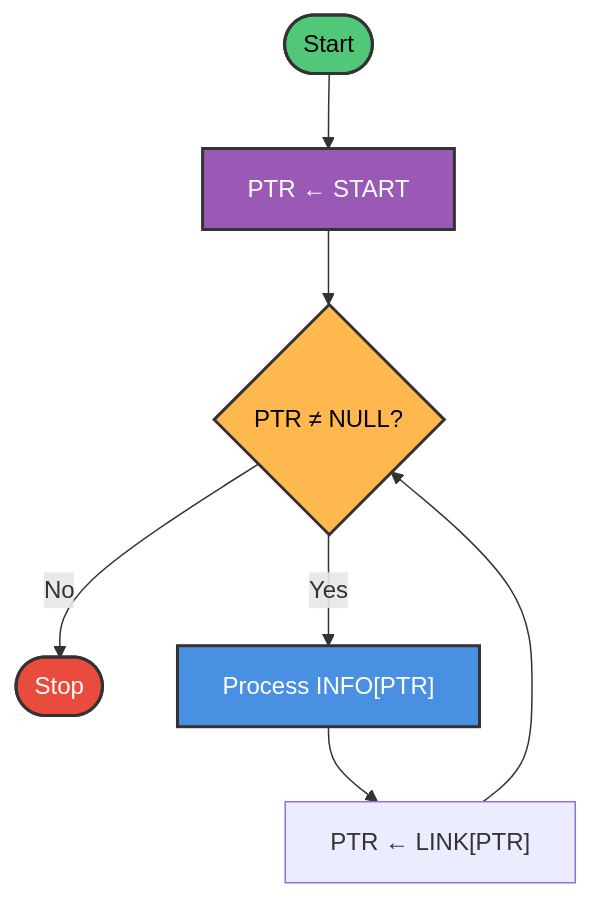
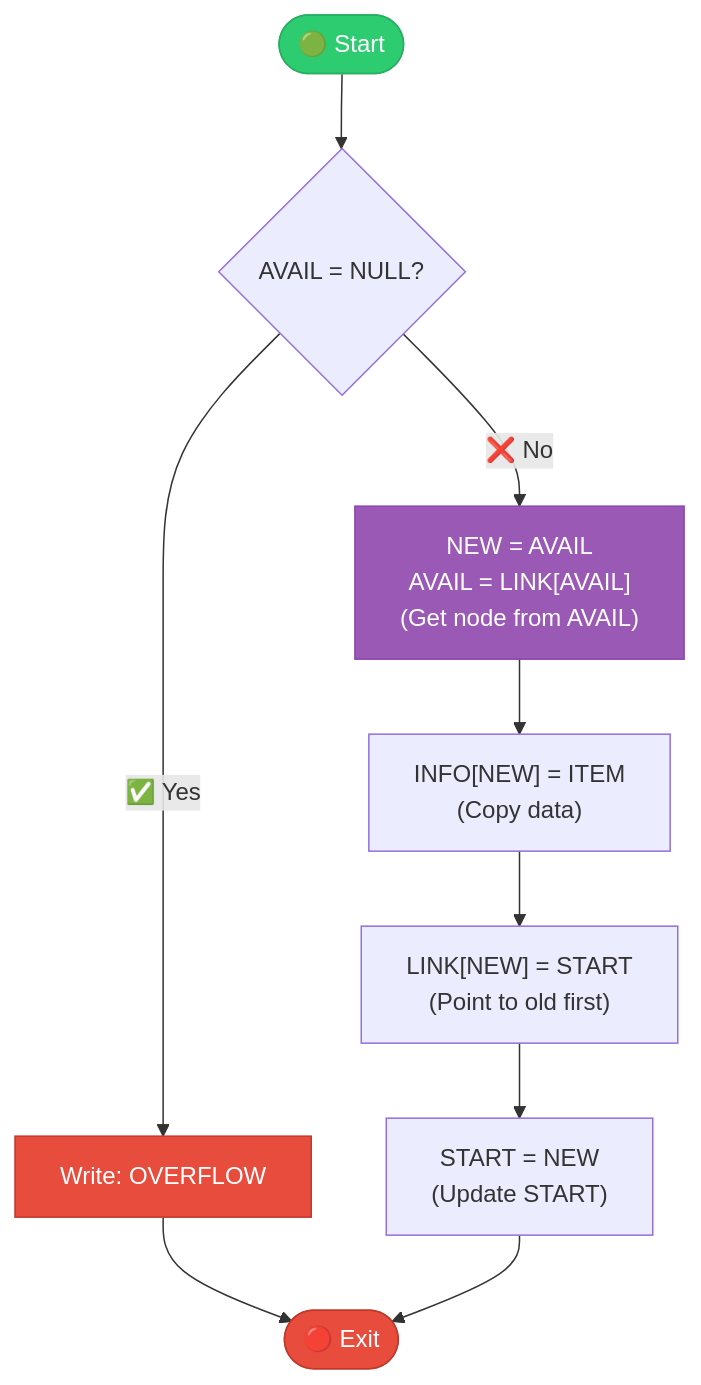
Diagram 13 of 27 in Chapter 5 - Linked Lists/README.md (M-F-Tushar/CSE-2101-Data-Structure), drawn with Mermaid before and after one commit. The commit also changed other lines of this file, not shown here.

````diff
--- a/Chapter 5 - Linked Lists/README.md
+++ b/Chapter 5 - Linked Lists/README.md
@@ -1105,15 +521,16 @@
 ```mermaid
 flowchart TD
-    START_NODE([Start]) --> INIT["PTR ← START"]
-    INIT --> CHECK{"PTR ≠ NULL?"}
-    CHECK -->|No| STOP([Stop])
-    CHECK -->|Yes| PROCESS["Process INFO[PTR]"]
-    PROCESS --> UPDATE["PTR ← LINK[PTR]"]
-    UPDATE --> CHECK
+    START([🟢 Start]) --> OVERFLOW{"AVAIL = NULL?"}
+    OVERFLOW -->|✅ Yes| ERR["Write: OVERFLOW"]
+    ERR --> EXIT([🔴 Exit])
+    OVERFLOW -->|❌ No| GET["NEW = AVAIL<br/>AVAIL = LINK[AVAIL]<br/>(Get node from AVAIL)"]
+    GET --> DATA["INFO[NEW] = ITEM<br/>(Copy data)"]
+    DATA --> LINK["LINK[NEW] = START<br/>(Point to old first)"]
+    LINK --> UPDATE["START = NEW<br/>(Update START)"]
+    UPDATE --> EXIT
     
-    style START_NODE fill:#50C878,stroke:#333,stroke-width:2px,color:#000
-    style STOP fill:#E94B3C,stroke:#333,stroke-width:2px,color:#fff
-    style CHECK fill:#FFB84D,stroke:#333,stroke-width:2px,color:#000
-    style PROCESS fill:#4A90E2,stroke:#333,stroke-width:2px,color:#fff
-    style INIT fill:#9B59B6,stroke:#333,stroke-width:2px,color:#fff
+    style START fill:#2ecc71,stroke:#27ae60,color:#fff
+    style EXIT fill:#e74c3c,stroke:#c0392b,color:#fff
+    style ERR fill:#e74c3c,stroke:#c0392b,color:#fff
+    style GET fill:#9b59b6,stroke:#8e44ad,color:#fff
 ```
````
